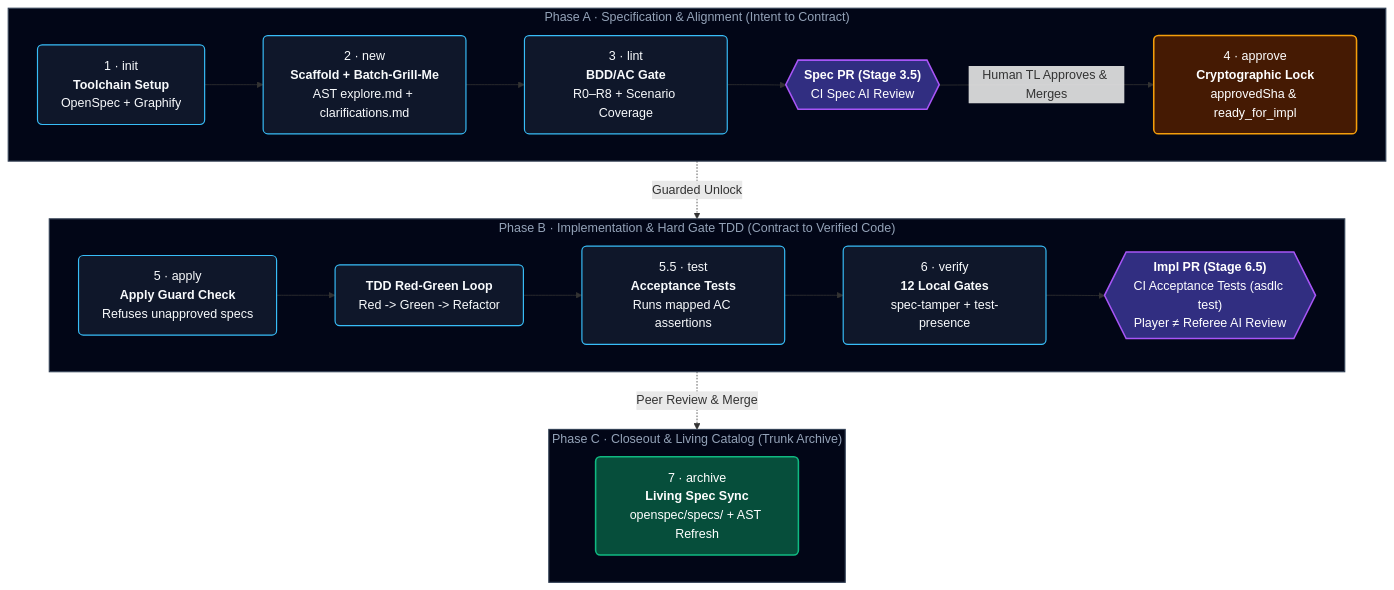
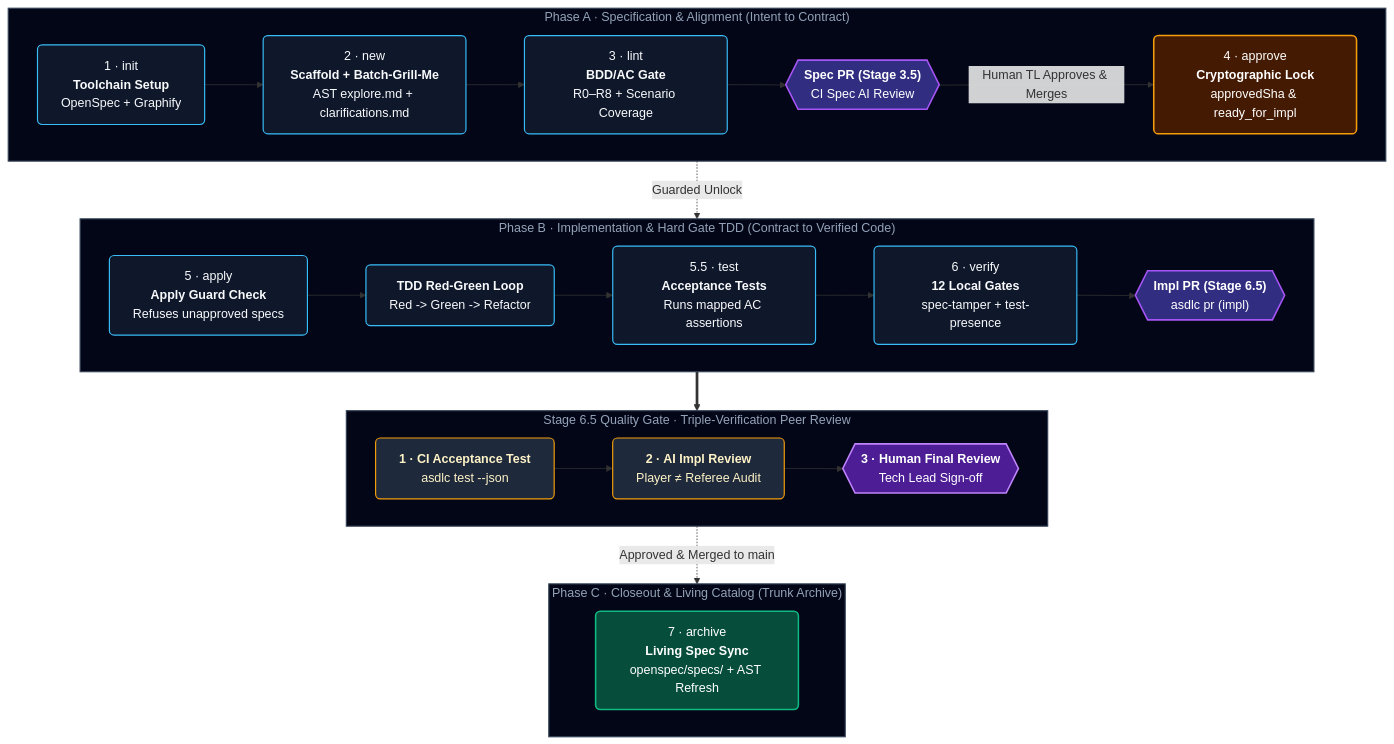
The second of 3 diagrams in README.md (akjamie/agentic-sdlc), drawn with Mermaid before and after one commit. The commit also changed other lines of this file, not shown here.

Commit message:
style(readme): detail Stage 6.5 triple-verification gate (CI AC test, AI review, human sign-off) in architecture and lifecycle diagrams

````diff
--- a/README.md
+++ b/README.md
@@ -196,36 +200,49 @@
 ```mermaid
 flowchart TD
     subgraph PHASE1 ["Phase A · Specification & Alignment (Intent to Contract)"]
         direction LR
         S1["1 · init<br/><b>Toolchain Setup</b><br/>OpenSpec + Graphify"] --> S2["2 · new<br/><b>Scaffold + Batch-Grill-Me</b><br/>AST explore.md + clarifications.md"]
         S2 --> S3["3 · lint<br/><b>BDD/AC Gate</b><br/>R0–R8 + Scenario Coverage"]
         S3 --> PR1{{"<b>Spec PR (Stage 3.5)</b><br/>CI Spec AI Review"}}
         PR1 -->|"Human TL Approves & Merges"| S4["4 · approve<br/><b>Cryptographic Lock</b><br/>approvedSha & ready_for_impl"]
     end
 
     subgraph PHASE2 ["Phase B · Implementation & Hard Gate TDD (Contract to Verified Code)"]
         direction LR
         S4 -.->|"Guarded Unlock"| S5["5 · apply<br/><b>Apply Guard Check</b><br/>Refuses unapproved specs"]
         S5 --> S5_TDD["<b>TDD Red-Green Loop</b><br/>Red -> Green -> Refactor"]
         S5_TDD --> S5_TEST["5.5 · test<br/><b>Acceptance Tests</b><br/>Runs mapped AC assertions"]
         S5_TEST --> S6["6 · verify<br/><b>12 Local Gates</b><br/>spec-tamper + test-presence"]
-        S6 --> PR2{{"<b>Impl PR (Stage 6.5)</b><br/>CI Acceptance Tests (asdlc test)<br/>Player ≠ Referee AI Review"}}
+        S6 --> PR2{{"<b>Impl PR (Stage 6.5)</b><br/>asdlc pr (impl)"}}
+    end
+
+    subgraph PHASE_GATE ["Stage 6.5 Quality Gate · Triple-Verification Peer Review"]
+        direction LR
+        G_AC["<b>1 · CI Acceptance Test</b><br/>asdlc test --json"] --> G_AI["<b>2 · AI Impl Review</b><br/>Player ≠ Referee Audit"]
+        G_AI --> G_HUMAN{{"<b>3 · Human Final Review</b><br/>Tech Lead Sign-off"}}
     end
 
     subgraph PHASE3 ["Phase C · Closeout & Living Catalog (Trunk Archive)"]
         direction LR
-        PR2 -.->|"Peer Review & Merge"| S7["7 · archive<br/><b>Living Spec Sync</b><br/>openspec/specs/ + AST Refresh"]
+        S7["7 · archive<br/><b>Living Spec Sync</b><br/>openspec/specs/ + AST Refresh"]
     end
+
+    PR2 ==> G_AC
+    G_HUMAN -.->|"Approved & Merged to main"| S7
 
     classDef stageBox fill:#0f172a,stroke:#38bdf8,stroke-width:1.5px,color:#f8fafc,rx:6px,ry:6px;
     classDef prBox fill:#312e81,stroke:#a855f7,stroke-width:2px,color:#ffffff,rx:10px,ry:10px;
     classDef lockBox fill:#451a03,stroke:#f59e0b,stroke-width:2px,color:#ffffff,rx:6px,ry:6px;
     classDef closeBox fill:#064e3b,stroke:#10b981,stroke-width:2px,color:#ffffff,rx:6px,ry:6px;
+    classDef gateBox fill:#1e293b,stroke:#f59e0b,stroke-width:1.5px,color:#fef3c7,rx:6px,ry:6px;
+    classDef humanBox fill:#4c1d95,stroke:#c084fc,stroke-width:2px,color:#ffffff,rx:10px,ry:10px;
     classDef subStyle fill:#020617,stroke:#334155,stroke-width:1.5px,color:#94a3b8;
 
     class S1,S2,S3,S5,S5_TDD,S5_TEST,S6 stageBox;
     class PR1,PR2 prBox;
+    class G_AC,G_AI gateBox;
+    class G_HUMAN humanBox;
     class S4 lockBox;
     class S7 closeBox;
-    class PHASE1,PHASE2,PHASE3 subStyle;
+    class PHASE1,PHASE2,PHASE_GATE,PHASE3 subStyle;
 ```
````
